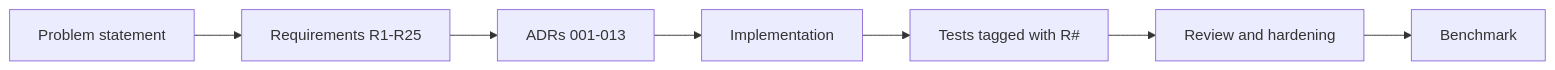
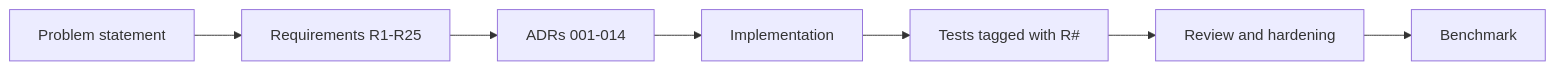
One commit to Shri2909/Bulk-Certificate-Generator changed the diagram in METHODOLOGY.md. Above: the diagram before and after it, drawn with Mermaid. The commit also changed other lines of this file and 14 other files, not shown here.

````diff
--- a/METHODOLOGY.md
+++ b/METHODOLOGY.md
@@ -20,9 +20,9 @@
 ```mermaid
 flowchart LR
     P[Problem statement] --> R[Requirements R1-R25]
-    R --> A[ADRs 001-013]
+    R --> A[ADRs 001-014]
     A --> I[Implementation]
     I --> T[Tests tagged with R#]
     T --> H[Review and hardening]
     H --> B[Benchmark]
 ```
````
